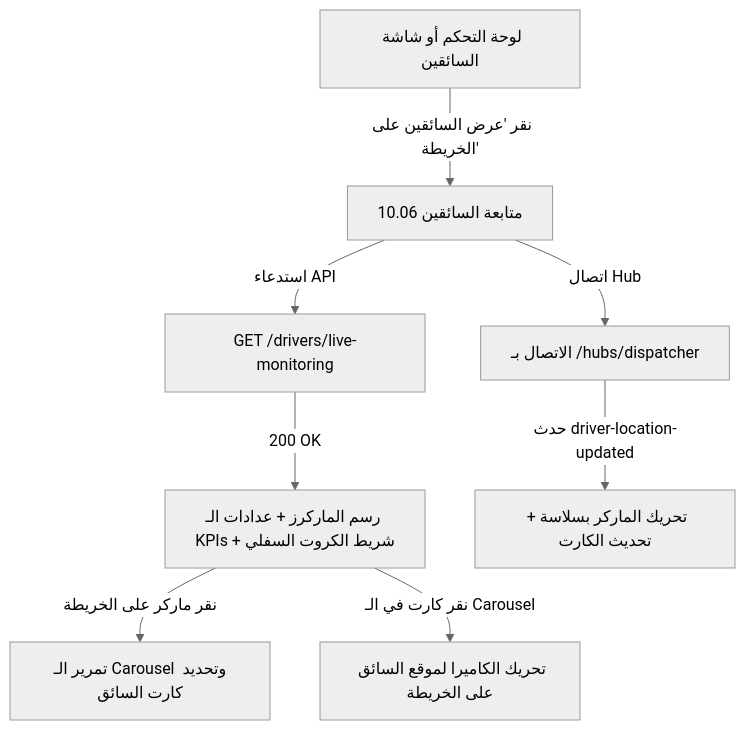
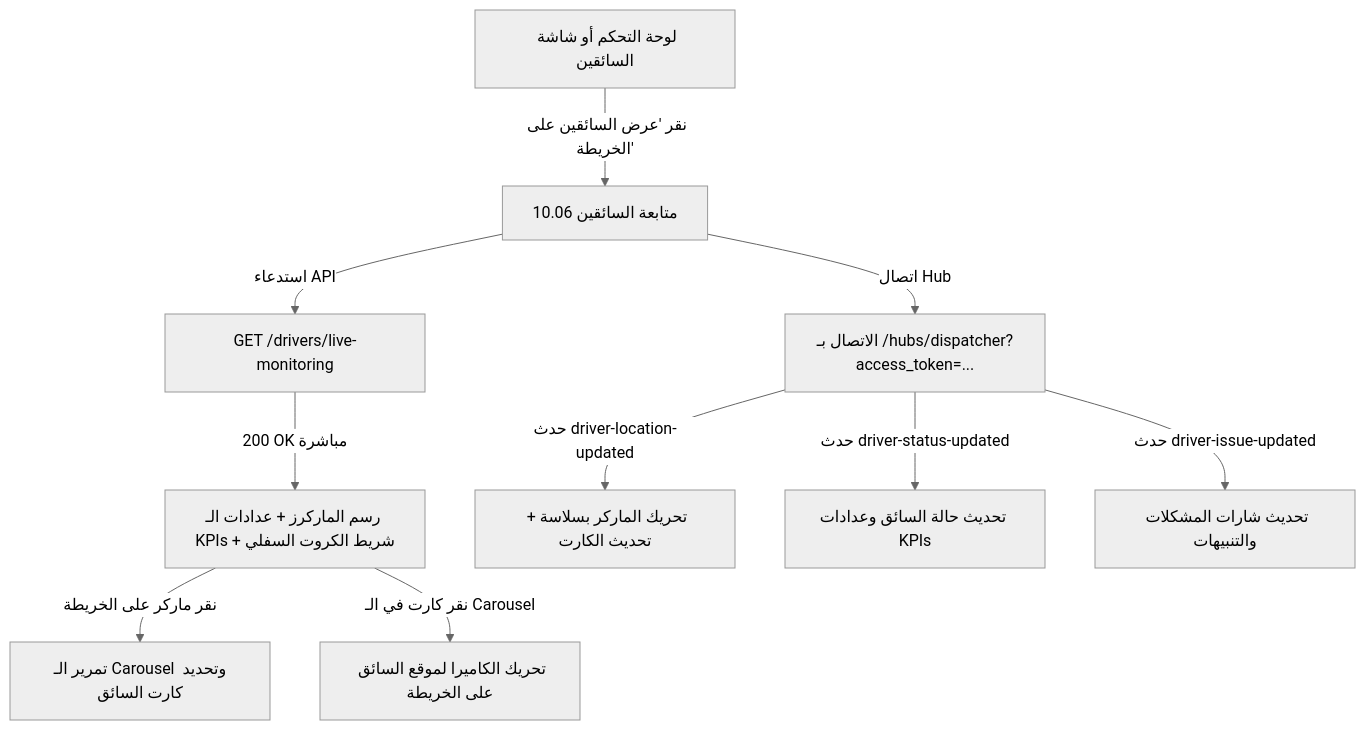
One commit to blackfalc0ns/mealmeta_backend changed the diagram in mobile-screens/screen-04.06-driver-map-live-monitoring.md. Above: the diagram before and after it, drawn with Mermaid (neutral theme). The commit also changed other lines of this file and 4 other files, not shown here.

Commit message:
feat(realtime): enhance dispatcher SignalR hub with access_token query auth, unified monitoring events, and complete mobile docs

````diff
--- a/mobile-screens/screen-04.06-driver-map-live-monitoring.md
+++ b/mobile-screens/screen-04.06-driver-map-live-monitoring.md
@@ -210,13 +316,15 @@
 ```mermaid
 flowchart TD
     Dashboard["لوحة التحكم أو شاشة السائقين"] -->|نقر 'عرض السائقين على الخريطة'| LiveMap["10.06 متابعة السائقين"]
     
     LiveMap -->|استدعاء API| FetchMonitoring["GET /drivers/live-monitoring"]
-    FetchMonitoring -->|200 OK| RenderView["رسم الماركرز + عدادات الـ KPIs + شريط الكروت السفلي"]
+    FetchMonitoring -->|200 OK مباشرة| RenderView["رسم الماركرز + عدادات الـ KPIs + شريط الكروت السفلي"]
     
-    LiveMap -->|اتصال Hub| ConnectSignalR["الاتصال بـ /hubs/dispatcher"]
+    LiveMap -->|اتصال Hub| ConnectSignalR["الاتصال بـ /hubs/dispatcher?access_token=..."]
     ConnectSignalR -->|حدث driver-location-updated| MoveMarker["تحريك الماركر بسلاسة + تحديث الكارت"]
+    ConnectSignalR -->|حدث driver-status-updated| UpdateStatus["تحديث حالة السائق وعدادات KPIs"]
+    ConnectSignalR -->|حدث driver-issue-updated| UpdateAlerts["تحديث شارات المشكلات والتنبيهات"]
     
     RenderView -->|نقر ماركر على الخريطة| FocusCard["تمرير الـ Carousel وتحديد كارت السائق"]
     RenderView -->|نقر كارت في الـ Carousel| CenterMap["تحريك الكاميرا لموقع السائق على الخريطة"]
 ```
````
